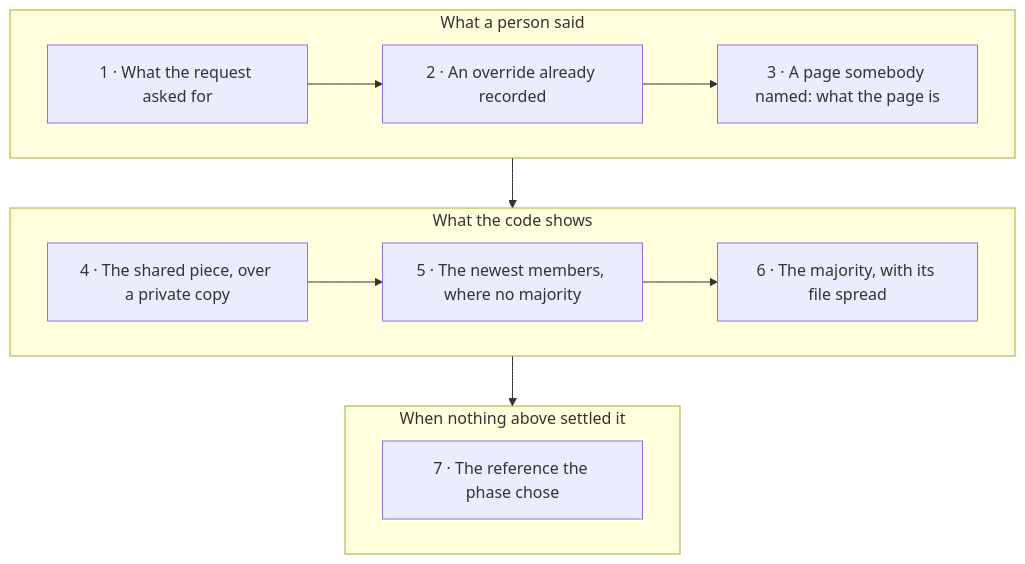
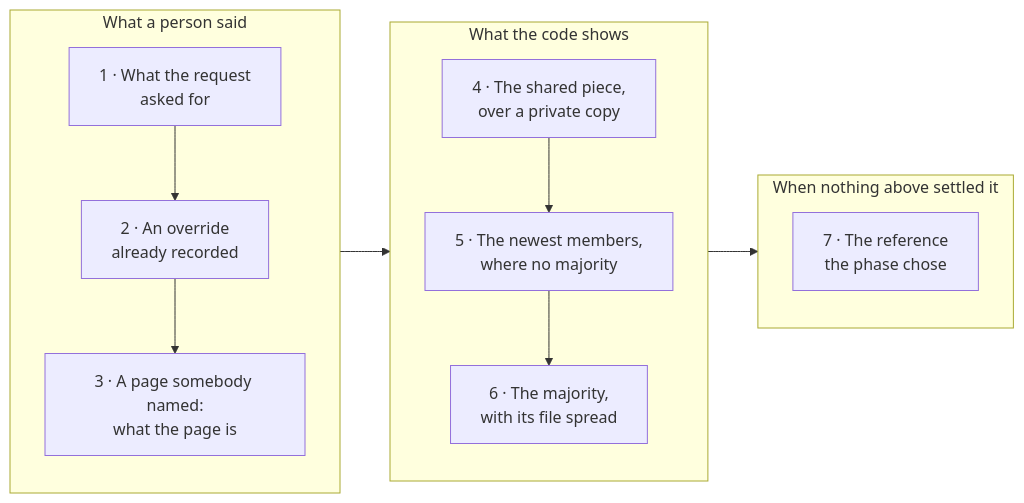
Before and after one commit to kamenkurtev/ui-consistency: the third of 7 diagrams in docs/how-it-works.md, drawn with Mermaid. The commit also changed other lines of this file, not shown here.

Commit message:
Lay the diagrams out left to right, so each fits one screen (#466)

````diff
--- a/docs/how-it-works.md
+++ b/docs/how-it-works.md
@@ -64,15 +64,16 @@
 ```mermaid
-flowchart TB
+flowchart LR
   subgraph P ["What a person said"]
-    direction LR
-    L1["1 · What the request asked for"] --> L2["2 · An override already recorded"] --> L3["3 · A page somebody named: what the page is"]
+    direction TB
+    L1["1 · What the request<br>asked for"] --> L2["2 · An override<br>already recorded"] --> L3["3 · A page somebody named:<br>what the page is"]
   end
   subgraph K ["What the code shows"]
-    direction LR
-    L4["4 · The shared piece, over a private copy"] --> L5["5 · The newest members, where no majority"] --> L6["6 · The majority, with its file spread"]
+    direction TB
+    L4["4 · The shared piece,<br>over a private copy"] --> L5["5 · The newest members,<br>where no majority"] --> L6["6 · The majority,<br>with its file spread"]
   end
   subgraph Z ["When nothing above settled it"]
-    L7["7 · The reference the phase chose"]
+    direction TB
+    L7["7 · The reference<br>the phase chose"]
   end
   P --> K --> Z
 ```
````
